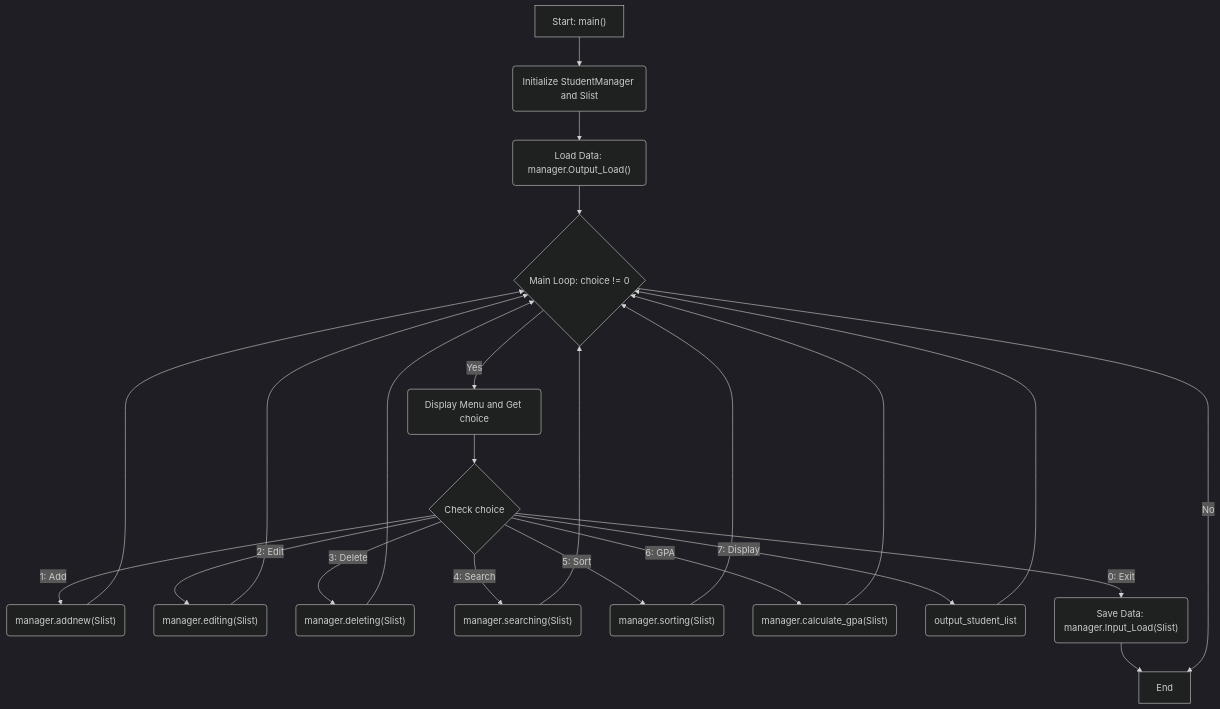
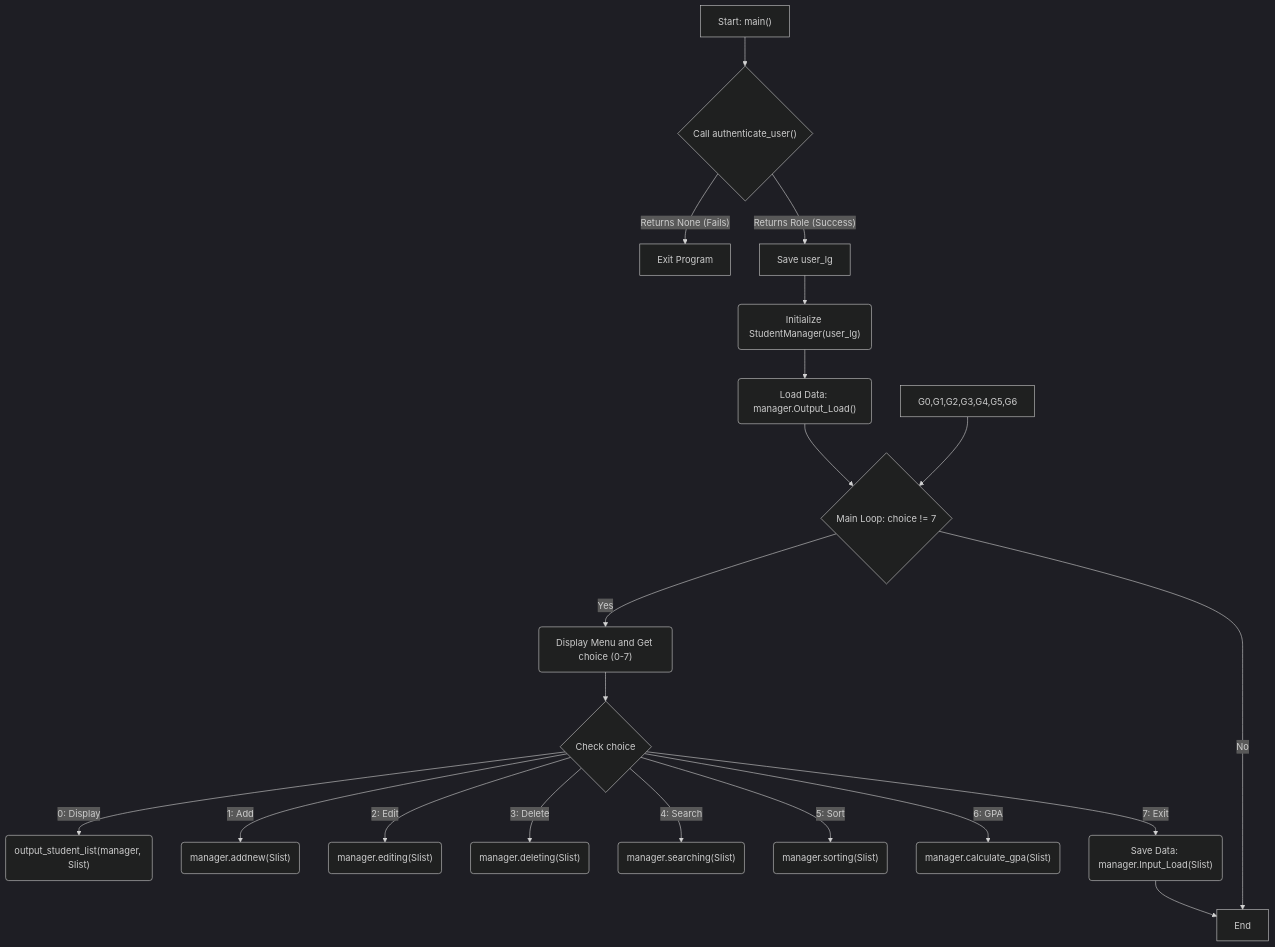
One commit to luunguyentankhai/FinalPJonschool changed the first of 16 diagrams in README.md. Above: the diagram before and after it, drawn with Mermaid (dark theme). The commit also changed other lines of this file, not shown here.

````diff
--- a/README.md
+++ b/README.md
@@ -54,32 +61,32 @@
 ```mermaid
     graph TD
-    A["Start: main()"] --> B("Initialize StudentManager and Slist");
+    A["Start: main()"] --> L{"Call authenticate_user()"};
+    
+    L -- "Returns None (Fails)" --> F[Exit Program];
+    
+    L -- "Returns Role (Success)" --> R[Save user_lg];
+    R --> B("Initialize StudentManager(user_lg)");
     B --> C("Load Data: manager.Output_Load()");
-    C --> D{"Main Loop: choice != 0"};
+    C --> D{"Main Loop: choice != 7"};
 
     %% Main function branches
-    D -- "Yes" --> E("Display Menu and Get choice");
-    E --> F{"Check choice"};
+    D -- "Yes" --> E("Display Menu and Get choice (0-7)");
     
-    F -- "1: Add" --> G("manager.addnew(Slist)");
-    F -- "2: Edit" --> H("manager.editing(Slist)");
-    F -- "3: Delete" --> I("manager.deleting(Slist)");
-    F -- "4: Search" --> J("manager.searching(Slist)");
-    F -- "5: Sort" --> K("manager.sorting(Slist)");
-    F -- "6: GPA" --> L("manager.calculate_gpa(Slist)");
-    F -- "7: Display" --> M("output_student_list");
+    E --> G{"Check choice"};
     
-    %% Return to loop
-    G --> D;
-    H --> D;
-    I --> D;
-    J --> D;
-    K --> D;
-    L --> D;
-    M --> D;
+    G -- "0: Display" --> G0("output_student_list(manager, Slist)");
+    G -- "1: Add" --> G1("manager.addnew(Slist)"); 
+    G -- "2: Edit" --> G2("manager.editing(Slist)");
+    G -- "3: Delete" --> G3("manager.deleting(Slist)");
+    G -- "4: Search" --> G4("manager.searching(Slist)");
+    G -- "5: Sort" --> G5("manager.sorting(Slist)");
+    G -- "6: GPA" --> G6("manager.calculate_gpa(Slist)");
+    
+    %% Return to loop (Quyền đã được kiểm tra bên trong G1-G6)
+    G0,G1,G2,G3,G4,G5,G6 --> D;
 
     %% Program Exit
-    F -- "0: Exit" --> N("Save Data: manager.Input_Load(Slist)");
+    G -- "7: Exit" --> N("Save Data: manager.Input_Load(Slist)");
     N --> O["End"];
     D -- "No" --> O;
 ```
````
